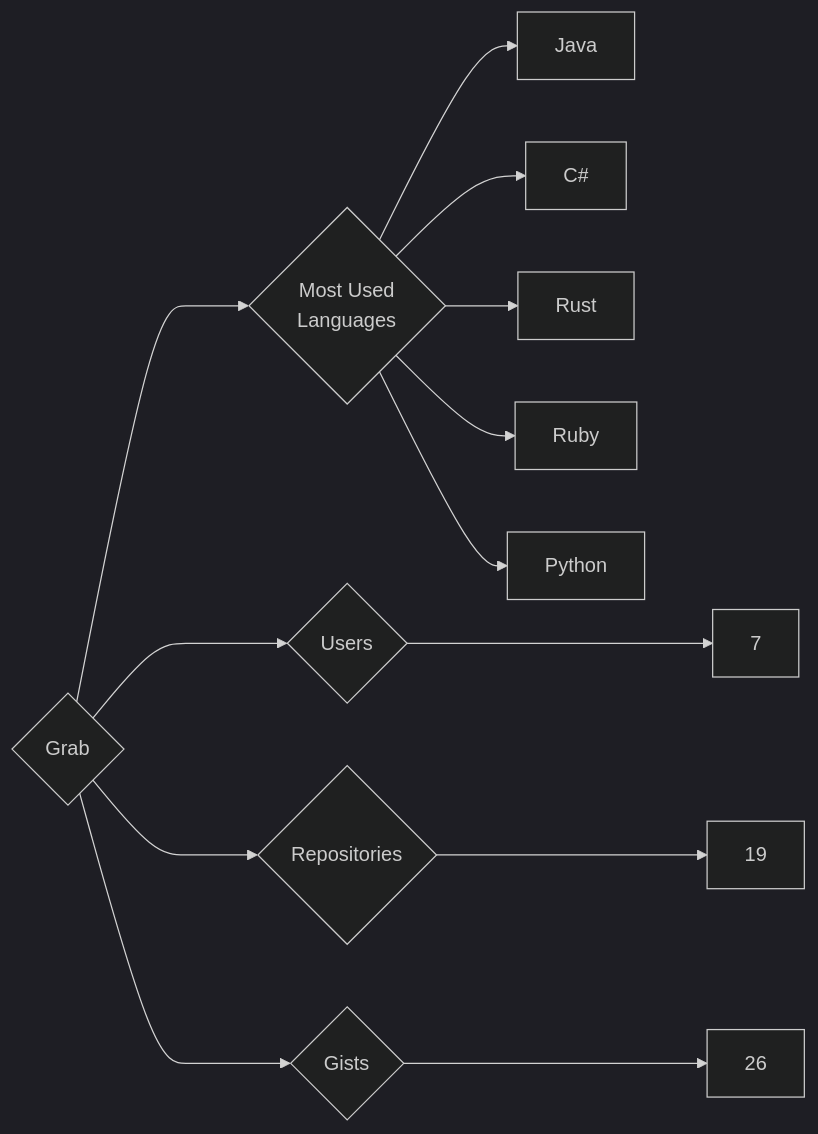
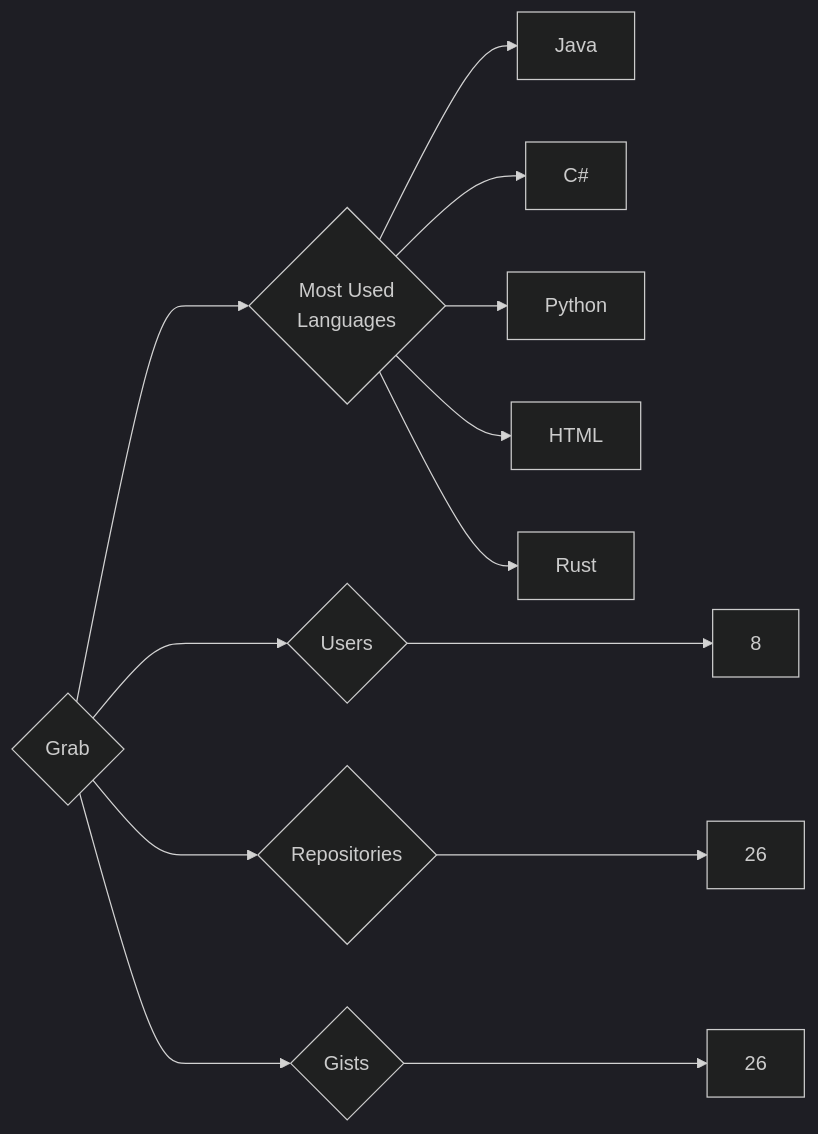
Before and after one commit to trickest/insiders: the diagram in targets/Grab/README.md, drawn with Mermaid (dark theme). The commit also changed 873 other files, not shown here.

````diff
--- a/targets/Grab/README.md
+++ b/targets/Grab/README.md
@@ -3,13 +3,13 @@
 ```mermaid
 graph LR
 COMPANY_NAME{Grab}
-COMPANY_NAME ---> U{Users} ---> UN[7]
-COMPANY_NAME ---> R{Repositories} ---> RN[19]
+COMPANY_NAME ---> U{Users} ---> UN[8]
+COMPANY_NAME ---> R{Repositories} ---> RN[26]
 COMPANY_NAME ---> G{Gists} ---> GN[26]
 COMPANY_NAME ---> ML{Most Used<br>Languages}
 ML --> Java[Java]
 ML --> C#[C#]
+ML --> Python[Python]
+ML --> HTML[HTML]
 ML --> Rust[Rust]
-ML --> Ruby[Ruby]
-ML --> Python[Python]
 ```
````
